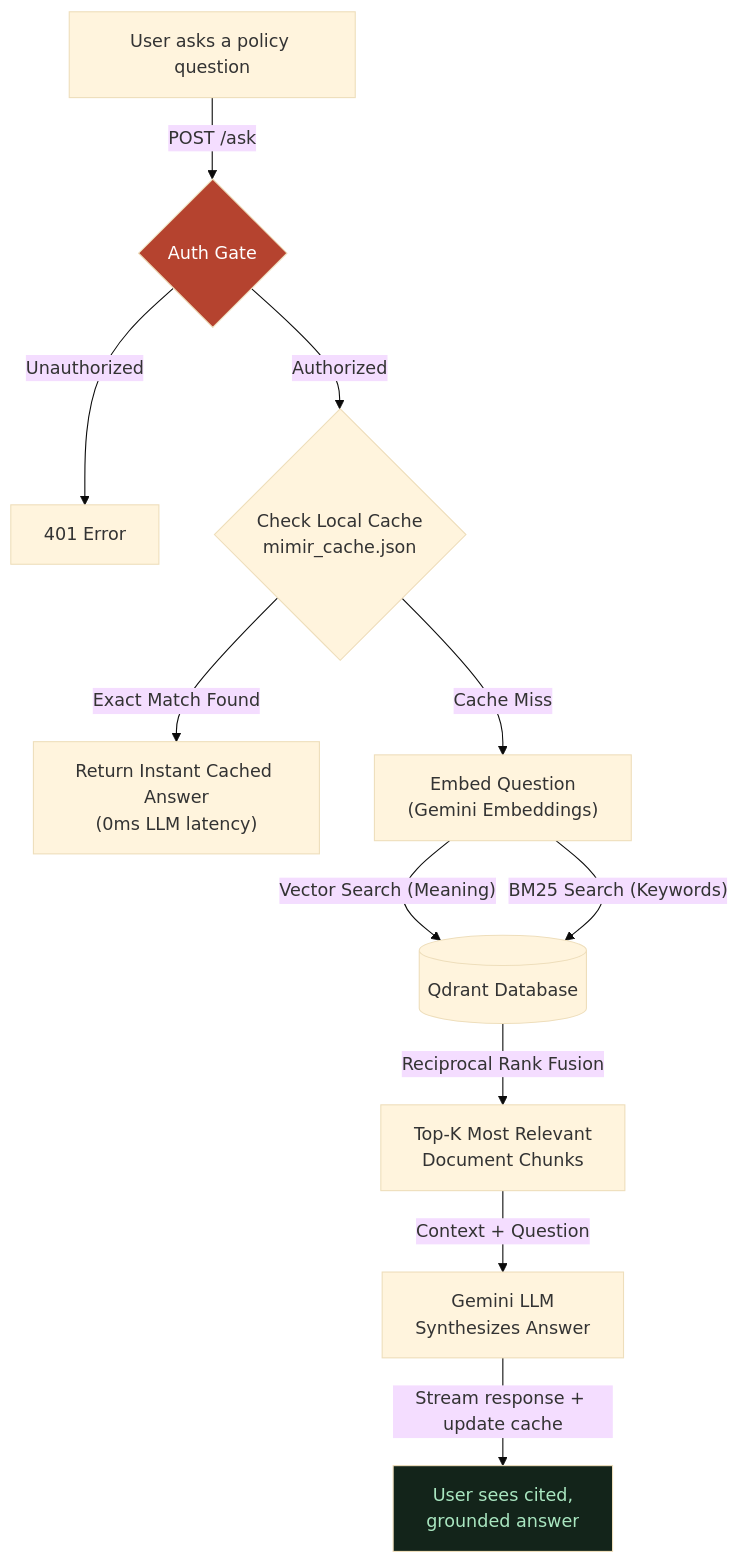
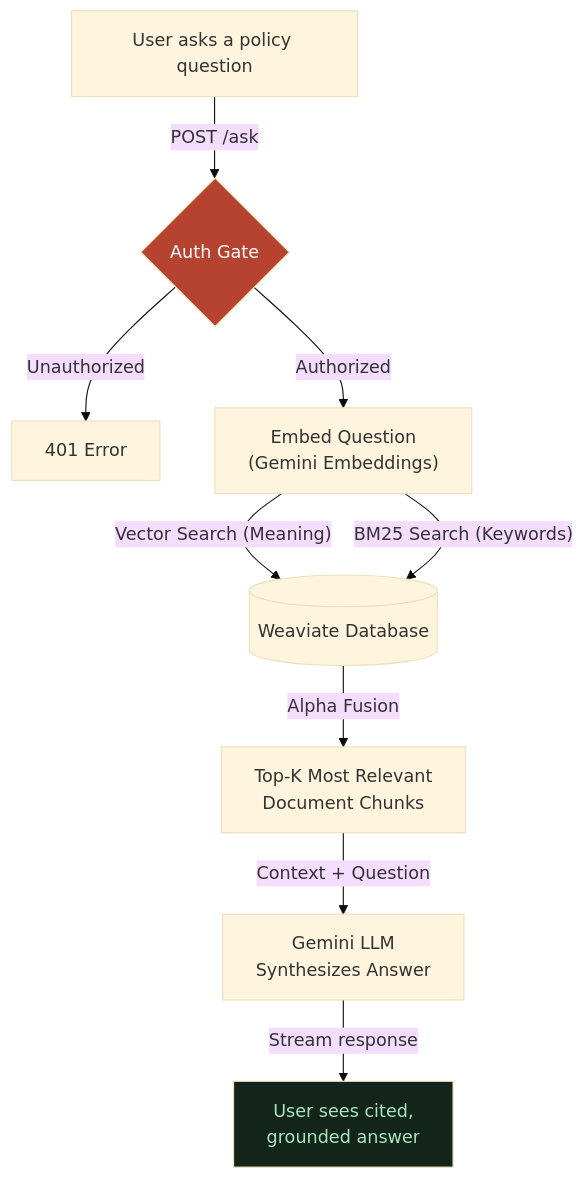
One commit to pushkqr/gov-assist-rag changed the diagram in learning/00-the-big-picture.md. Above: the diagram before and after it, drawn with Mermaid (base theme). The commit also changed other lines of this file and 4 other files, not shown here.

````diff
--- a/learning/00-the-big-picture.md
+++ b/learning/00-the-big-picture.md
@@ -24,22 +23,18 @@
 ```mermaid
 flowchart TD
     Q["User asks a policy question"] -->|"POST /ask"| A{"Auth Gate"}
     A -- "Unauthorized" --> Z["401 Error"]
-    A -- "Authorized" --> B{"Check Local Cache<br/>mimir_cache.json"}
+    A -- "Authorized" --> D["Embed Question<br/>(Gemini Embeddings)"]
     
-    B -- "Exact Match Found" --> C["Return Instant Cached Answer<br/>(0ms LLM latency)"]
-    
-    B -- "Cache Miss" --> D["Embed Question<br/>(Gemini Embeddings)"]
-    
-    D -->|"Vector Search (Meaning)"| E[("Qdrant Database")]
+    D -->|"Vector Search (Meaning)"| E[("Weaviate Database")]
     D -->|"BM25 Search (Keywords)"| E
     
-    E -->|"Reciprocal Rank Fusion"| F["Top-K Most Relevant<br/>Document Chunks"]
+    E -->|"Alpha Fusion"| F["Top-K Most Relevant<br/>Document Chunks"]
     
     F -->|"Context + Question"| G["Gemini LLM<br/>Synthesizes Answer"]
     
-    G -->|"Stream response + update cache"| H["User sees cited,<br/>grounded answer"]
+    G -->|"Stream response"| H["User sees cited,<br/>grounded answer"]
     
     style A fill:#b5432f,color:#fff
     style H fill:#13241a,color:#a9e6c0
 ```
````
